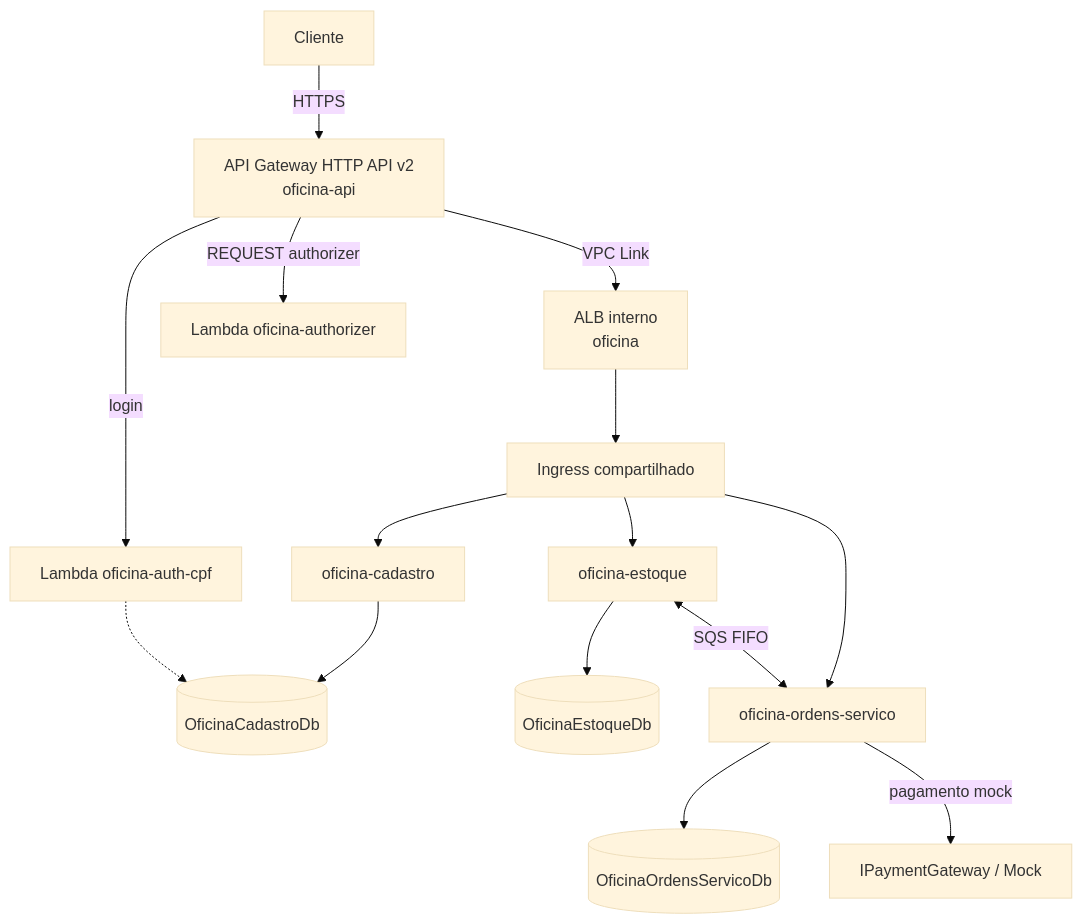
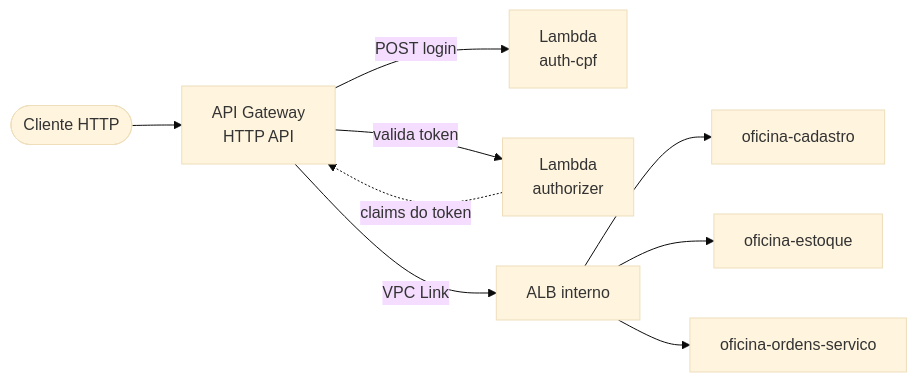
The second of 2 diagrams in README.md (fabianorodrigues/oficina-infra-fiap-fase4), drawn with Mermaid (base theme) before and after one commit. The commit also changed other lines of this file and 4 other files, not shown here.

````diff
--- a/README.md
+++ b/README.md
@@ -42,17 +92,13 @@
 ```mermaid
-flowchart TB
-    Client[Cliente] -->|HTTPS| APIGW[API Gateway HTTP API v2\noficina-api]
-    APIGW -->|login| AuthCpf[Lambda oficina-auth-cpf]
-    APIGW -->|REQUEST authorizer| Authorizer[Lambda oficina-authorizer]
-    APIGW -->|VPC Link| ALB[ALB interno\noficina]
-    ALB --> Ingress[Ingress compartilhado]
-    Ingress --> Cadastro[oficina-cadastro]
-    Ingress --> Estoque[oficina-estoque]
-    Ingress --> Ordens[oficina-ordens-servico]
-    AuthCpf -.-> CadastroDb[(OficinaCadastroDb)]
-    Cadastro --> CadastroDb
-    Estoque --> EstoqueDb[(OficinaEstoqueDb)]
-    Ordens --> OrdensDb[(OficinaOrdensServicoDb)]
-    Estoque <-->|SQS FIFO| Ordens
-    Ordens -->|pagamento mock| Pagamento[IPaymentGateway / Mock]
+flowchart LR
+    Cliente([Cliente HTTP]) --> API["API Gateway<br/>HTTP API"]
+
+    API -->|"POST login"| AuthCpf["Lambda<br/>auth-cpf"]
+    API -->|"valida token"| Authorizer["Lambda<br/>authorizer"]
+    Authorizer -.->|"claims do token"| API
+
+    API -->|"VPC Link"| ALB["ALB interno"]
+    ALB --> Cadastro["oficina-cadastro"]
+    ALB --> Estoque["oficina-estoque"]
+    ALB --> Ordens["oficina-ordens-servico"]
 ```
````
